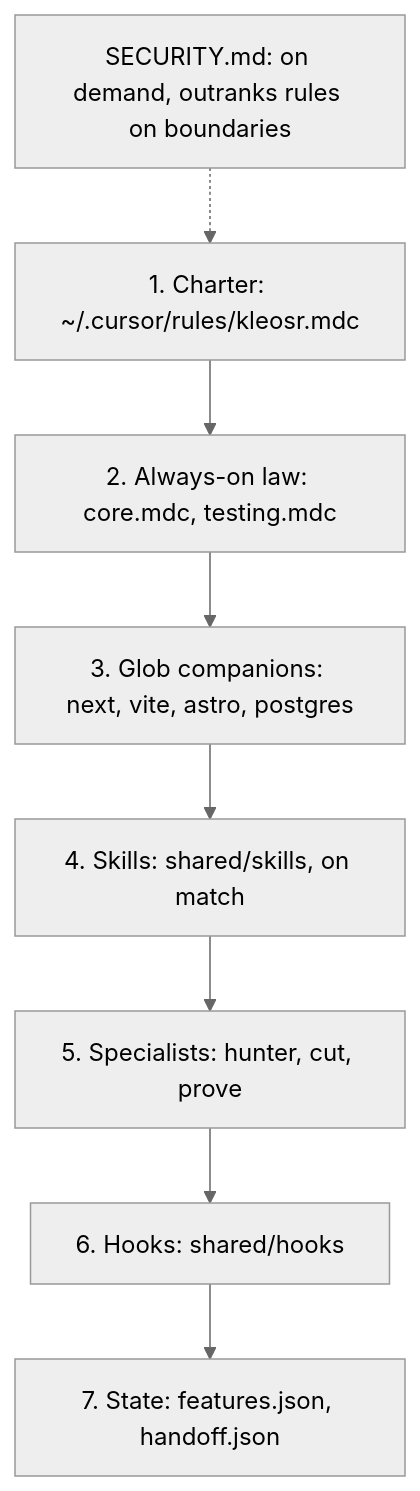
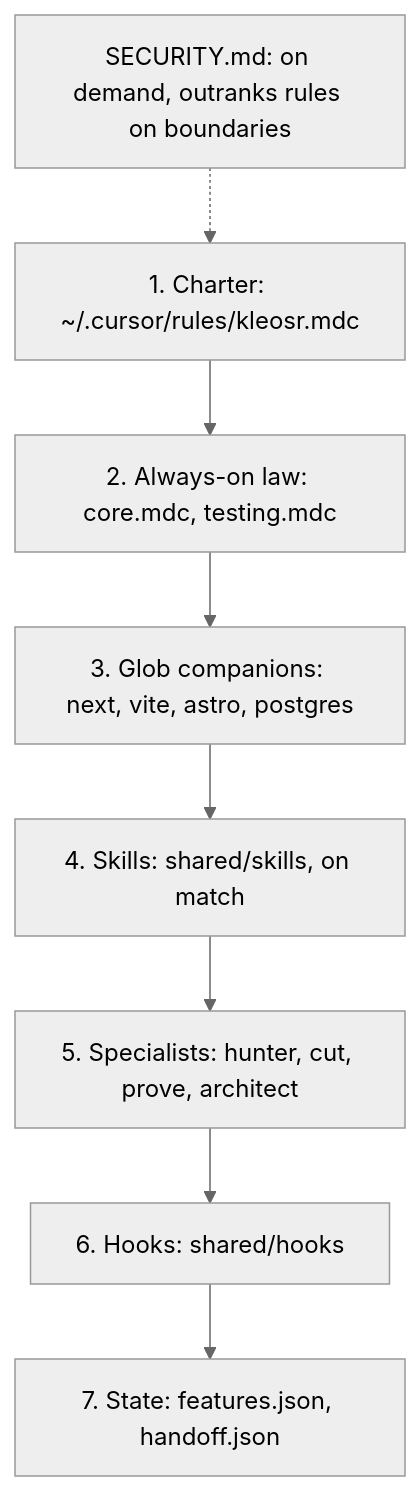
Before and after one commit to kleosr/bridle: the diagram in README.md, drawn with Mermaid (neutral theme). The commit also changed other lines of this file and 24 other files, not shown here.

````diff
--- a/README.md
+++ b/README.md
@@ -101,10 +101,10 @@
 ```mermaid
 graph TD
   A["1. Charter: ~/.cursor/rules/kleosr.mdc"] --> B["2. Always-on law: core.mdc, testing.mdc"]
   B --> C["3. Glob companions: next, vite, astro, postgres"]
   C --> D["4. Skills: shared/skills, on match"]
-  D --> E["5. Specialists: hunter, cut, prove"]
+  D --> E["5. Specialists: hunter, cut, prove, architect"]
   E --> F["6. Hooks: shared/hooks"]
   F --> G["7. State: features.json, handoff.json"]
   H["SECURITY.md: on demand, outranks rules on boundaries"] -.-> A
 ```
````
